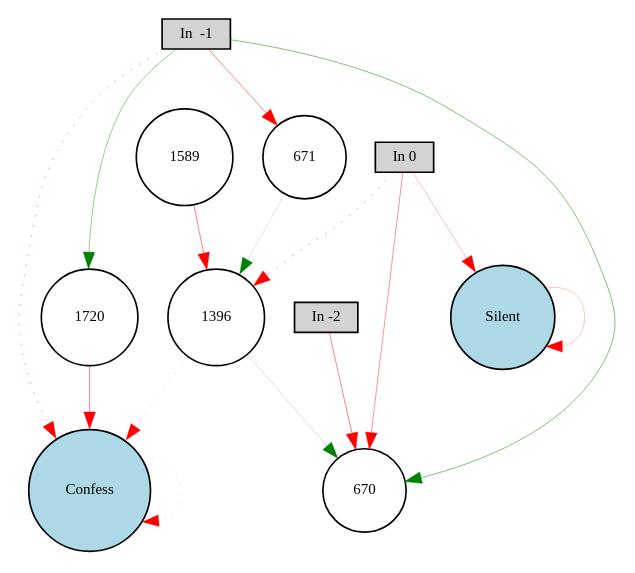
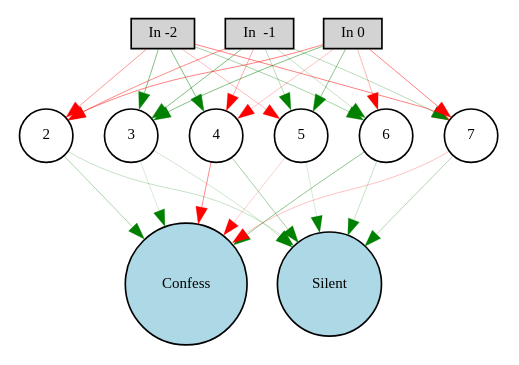
One commit to BarrySoap/Honours-Project changed the diagram in Rantaro/Actual Implementation/Digraph.gv. Above: the diagram before and after it, drawn with Graphviz. The commit also changed 5 other files, not shown here.

```diff
--- a/Rantaro/Actual Implementation/Digraph.gv
+++ b/Rantaro/Actual Implementation/Digraph.gv
@@ -1,28 +1,44 @@
 digraph {
 	node [fontsize=9 height=0.2 shape=circle width=0.2]
 	"In -2" [fillcolor=lightgray shape=box style=filled]
 	"In  -1" [fillcolor=lightgray shape=box style=filled]
 	"In 0" [fillcolor=lightgray shape=box style=filled]
 	Confess [fillcolor=lightblue style=filled]
 	Silent [fillcolor=lightblue style=filled]
-	1396 [fillcolor=white style=filled]
-	1589 [fillcolor=white style=filled]
-	1720 [fillcolor=white style=filled]
-	670 [fillcolor=white style=filled]
-	671 [fillcolor=white style=filled]
-	"In -2" -> 670 [color=red penwidth=0.30000000000000004 style=solid]
-	"In  -1" -> 670 [color=green penwidth=0.30000000000000004 style=solid]
-	"In  -1" -> 671 [color=red penwidth=0.30000000000000004 style=solid]
-	"In 0" -> 670 [color=red penwidth=0.26367043916885713 style=solid]
-	"In  -1" -> Confess [color=red penwidth=0.25104894606402756 style=dotted]
-	"In 0" -> Silent [color=red penwidth=0.15985233630302254 style=solid]
-	Confess -> Confess [color=red penwidth=0.11225047370800519 style=dotted]
-	Silent -> Silent [color=red penwidth=0.1443497511223626 style=solid]
-	671 -> 1396 [color=green penwidth=0.10229879894975188 style=solid]
-	1396 -> Confess [color=red penwidth=0.14556386261527438 style=dotted]
-	"In 0" -> 1396 [color=red penwidth=0.30000000000000004 style=dotted]
-	1396 -> 670 [color=green penwidth=0.11731592154519216 style=solid]
-	"In  -1" -> 1720 [color=green penwidth=0.2523734435783937 style=solid]
-	1720 -> Confess [color=red penwidth=0.30000000000000004 style=solid]
-	1589 -> 1396 [color=red penwidth=0.30000000000000004 style=solid]
+	2 [fillcolor=white style=filled]
+	3 [fillcolor=white style=filled]
+	4 [fillcolor=white style=filled]
+	5 [fillcolor=white style=filled]
+	6 [fillcolor=white style=filled]
+	7 [fillcolor=white style=filled]
+	"In -2" -> 2 [color=red penwidth=0.2477953166555276 style=solid]
+	"In -2" -> 3 [color=green penwidth=0.30000000000000004 style=solid]
+	"In -2" -> 4 [color=green penwidth=0.30000000000000004 style=solid]
+	"In -2" -> 5 [color=red penwidth=0.15681766472640107 style=solid]
+	"In -2" -> 6 [color=green penwidth=0.21377074299036525 style=solid]
+	"In -2" -> 7 [color=red penwidth=0.2981019878158826 style=solid]
+	"In  -1" -> 2 [color=red penwidth=0.2849770268793361 style=solid]
+	"In  -1" -> 3 [color=green penwidth=0.30000000000000004 style=solid]
+	"In  -1" -> 4 [color=red penwidth=0.19678695029534898 style=solid]
+	"In  -1" -> 5 [color=green penwidth=0.17464792857093547 style=solid]
+	"In  -1" -> 6 [color=green penwidth=0.13886455114426893 style=solid]
+	"In  -1" -> 7 [color=green penwidth=0.16621522212973858 style=solid]
+	"In 0" -> 2 [color=red penwidth=0.30000000000000004 style=solid]
+	"In 0" -> 3 [color=green penwidth=0.30000000000000004 style=solid]
+	"In 0" -> 4 [color=red penwidth=0.14849334704497452 style=solid]
+	"In 0" -> 5 [color=green penwidth=0.2778516765693547 style=solid]
+	"In 0" -> 6 [color=red penwidth=0.1730221683380336 style=solid]
+	"In 0" -> 7 [color=red penwidth=0.30000000000000004 style=solid]
+	2 -> Confess [color=green penwidth=0.19952158058465075 style=solid]
+	2 -> Silent [color=green penwidth=0.13578308537378536 style=solid]
+	3 -> Confess [color=green penwidth=0.10209468901716282 style=solid]
+	3 -> Silent [color=green penwidth=0.11886047627006832 style=solid]
+	4 -> Confess [color=red penwidth=0.2783840994733265 style=solid]
+	4 -> Silent [color=green penwidth=0.22084247948751212 style=solid]
+	5 -> Confess [color=red penwidth=0.12183100046861402 style=solid]
+	5 -> Silent [color=green penwidth=0.10030495956267532 style=solid]
+	6 -> Confess [color=green penwidth=0.2738943238767765 style=solid]
+	6 -> Silent [color=green penwidth=0.13788632669551779 style=solid]
+	7 -> Confess [color=red penwidth=0.1501564960588168 style=solid]
+	7 -> Silent [color=green penwidth=0.18525929331320373 style=solid]
 }
```
